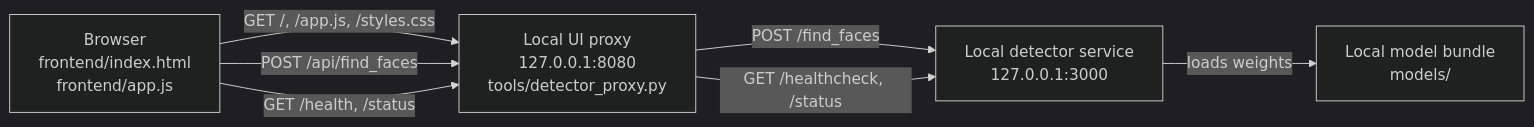
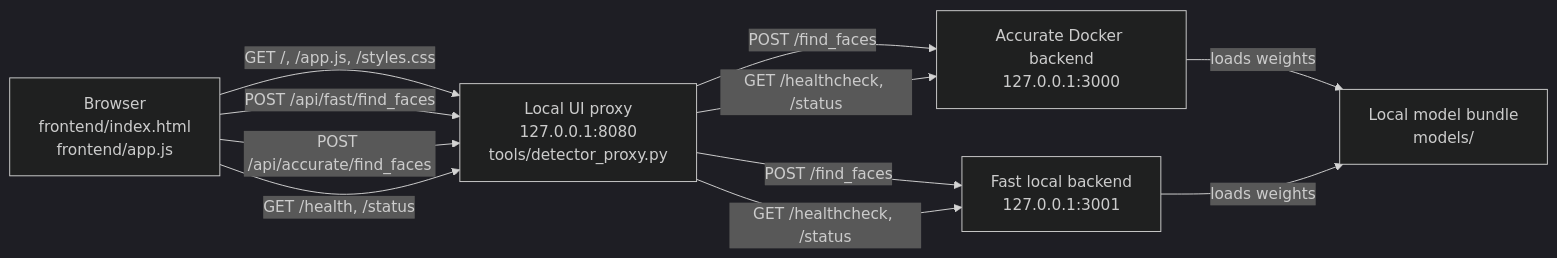
One commit to Dijo-404/FDX changed the first of 2 diagrams in README.md. Above: the diagram before and after it, drawn with Mermaid (dark theme). The commit also changed other lines of this file and 9 other files, not shown here.

````diff
--- a/README.md
+++ b/README.md
@@ -76,14 +74,19 @@
 ```mermaid
 flowchart LR
   browser["Browser\nfrontend/index.html\nfrontend/app.js"]
   proxy["Local UI proxy\n127.0.0.1:8080\ntools/detector_proxy.py"]
-  core["Local detector service\n127.0.0.1:3000"]
+  accurate["Accurate Docker backend\n127.0.0.1:3000"]
+  fast["Fast local backend\n127.0.0.1:3001"]
   models["Local model bundle\nmodels/"]
 
   browser -->|"GET /, /app.js, /styles.css"| proxy
-  browser -->|"POST /api/find_faces"| proxy
+  browser -->|"POST /api/fast/find_faces"| proxy
+  browser -->|"POST /api/accurate/find_faces"| proxy
   browser -->|"GET /health, /status"| proxy
-  proxy -->|"POST /find_faces"| core
-  proxy -->|"GET /healthcheck, /status"| core
-  core -->|"loads weights"| models
+  proxy -->|"POST /find_faces"| accurate
+  proxy -->|"POST /find_faces"| fast
+  proxy -->|"GET /healthcheck, /status"| accurate
+  proxy -->|"GET /healthcheck, /status"| fast
+  accurate -->|"loads weights"| models
+  fast -->|"loads weights"| models
 ```
````
